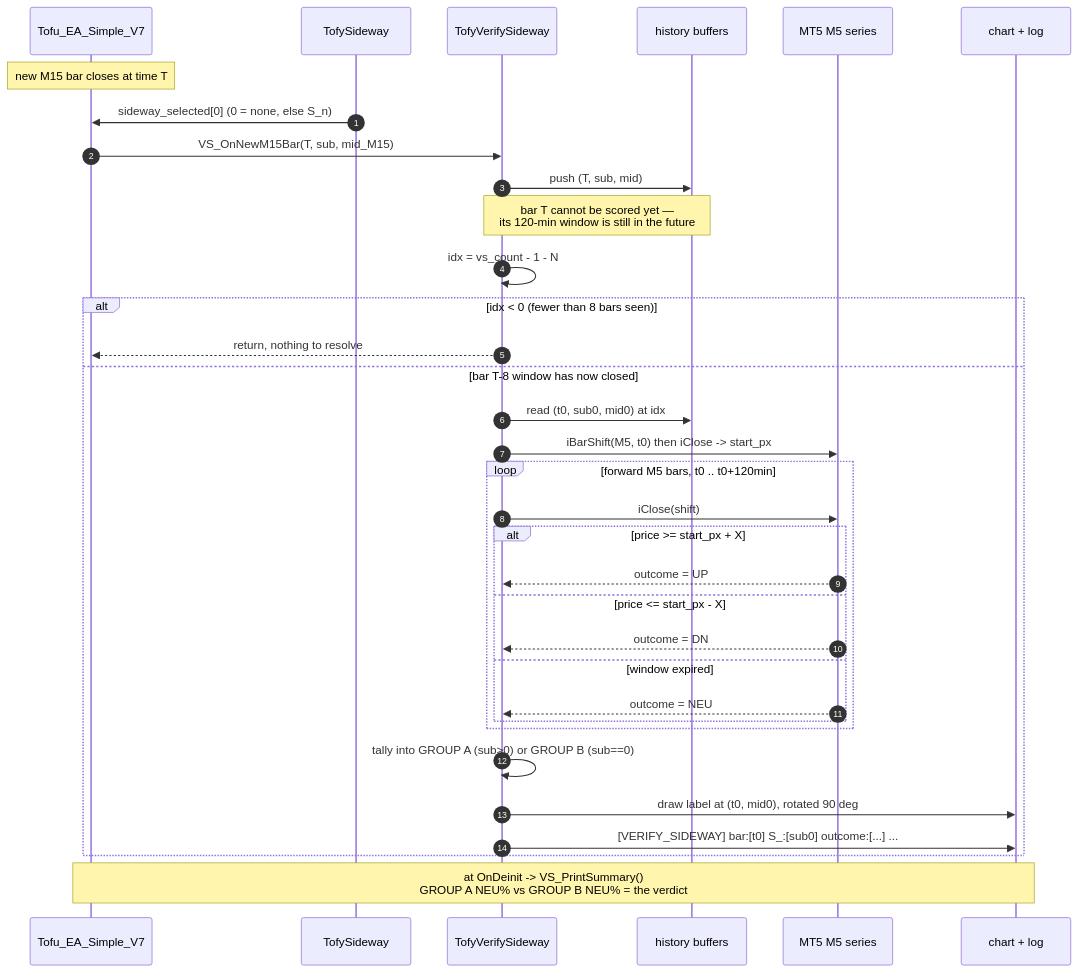
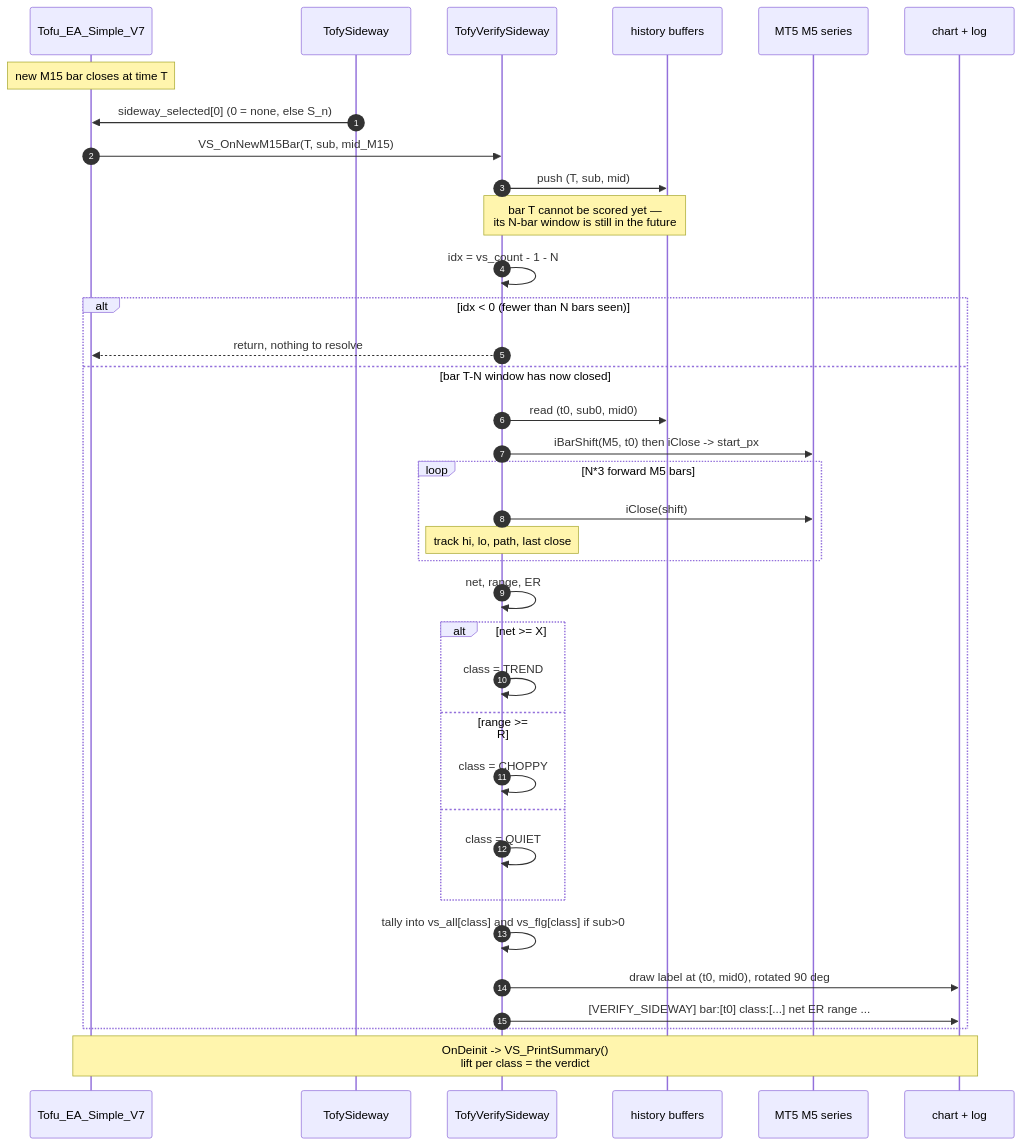
The second of 3 diagrams in references/TofyVerifySideway.md (Terrypang89/BB_MTF_M15_STRATEGY), drawn with Mermaid before and after one commit. The commit also changed other lines of this file, not shown here.

Commit message:
Update TofyVerifySideway.md to v2: three-way classification design (net displacement, range, ER)

````diff
--- a/references/TofyVerifySideway.md
+++ b/references/TofyVerifySideway.md
@@ -222,41 +311,42 @@
 ```mermaid
 sequenceDiagram
     autonumber
     participant EA as Tofu_EA_Simple_V7
     participant TS as TofySideway
     participant VS as TofyVerifySideway
     participant HIST as history buffers
     participant M5 as MT5 M5 series
     participant OUT as chart + log
 
     Note over EA: new M15 bar closes at time T
 
     TS->>EA: sideway_selected[0]  (0 = none, else S_n)
     EA->>VS: VS_OnNewM15Bar(T, sub, mid_M15)
-
     VS->>HIST: push (T, sub, mid)
-    Note over VS,HIST: bar T cannot be scored yet —<br/>its 120-min window is still in the future
+    Note over VS,HIST: bar T cannot be scored yet —<br/>its N-bar window is still in the future
 
     VS->>VS: idx = vs_count - 1 - N
-    alt idx < 0  (fewer than 8 bars seen)
+    alt idx < 0 (fewer than N bars seen)
         VS-->>EA: return, nothing to resolve
-    else bar T-8 window has now closed
-        VS->>HIST: read (t0, sub0, mid0) at idx
+    else bar T-N window has now closed
+        VS->>HIST: read (t0, sub0, mid0)
         VS->>M5: iBarShift(M5, t0) then iClose -> start_px
-        loop forward M5 bars, t0 .. t0+120min
+        loop N*3 forward M5 bars
             VS->>M5: iClose(shift)
-            alt price >= start_px + X
-                M5-->>VS: outcome = UP
-            else price <= start_px - X
-                M5-->>VS: outcome = DN
-            else window expired
-                M5-->>VS: outcome = NEU
-            end
+            Note over VS: track hi, lo, path, last close
         end
-        VS->>VS: tally into GROUP A (sub>0) or GROUP B (sub==0)
+        VS->>VS: net, range, ER
+        alt net >= X
+            VS->>VS: class = TREND
+        else range >= R
+            VS->>VS: class = CHOPPY
+        else
+            VS->>VS: class = QUIET
+        end
+        VS->>VS: tally into vs_all[class] and vs_flg[class] if sub>0
         VS->>OUT: draw label at (t0, mid0), rotated 90 deg
-        VS->>OUT: [VERIFY_SIDEWAY] bar:[t0] S_:[sub0] outcome:[...] ...
+        VS->>OUT: [VERIFY_SIDEWAY] bar:[t0] class:[...] net ER range ...
     end
 
-    Note over EA,OUT: at OnDeinit -> VS_PrintSummary()<br/>GROUP A NEU% vs GROUP B NEU% = the verdict
+    Note over EA,OUT: OnDeinit -> VS_PrintSummary()<br/>lift per class = the verdict
 ```
````
